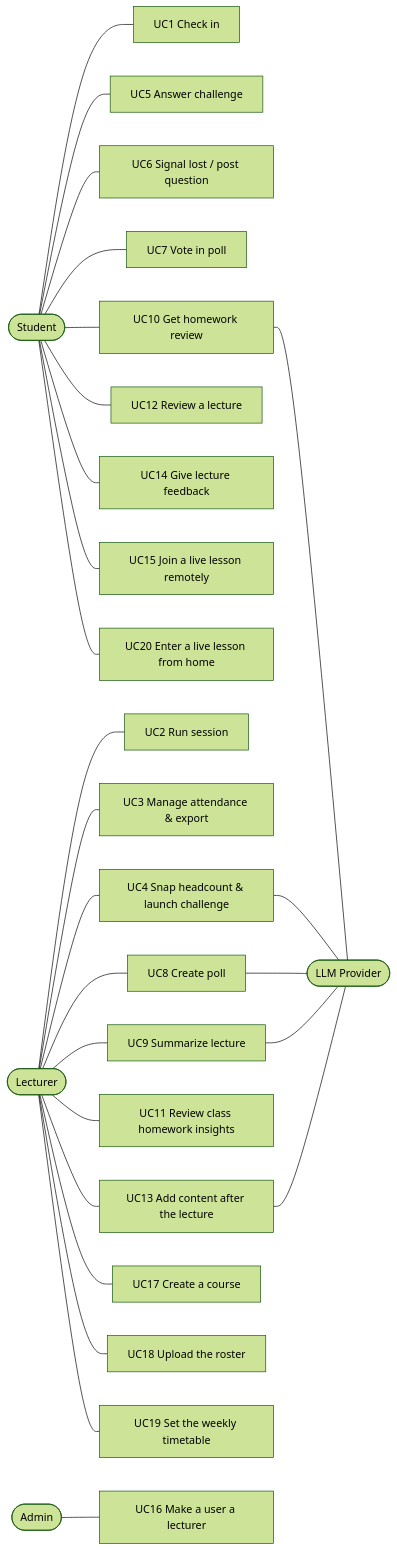
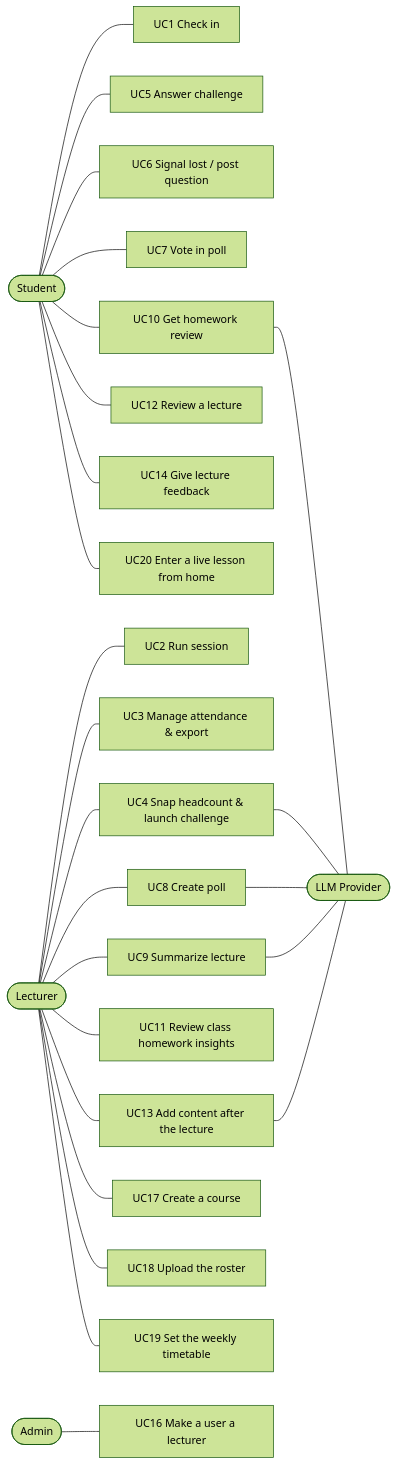
One commit to GiladApel/classpulse changed the diagram in docs/04-use-cases.md. Above: the diagram before and after it, drawn with Mermaid (forest theme). The commit also changed other lines of this file, not shown here.

Commit message:
docs(usecases): entering a live lesson ends with scanning the QR

````diff
--- a/docs/04-use-cases.md
+++ b/docs/04-use-cases.md
@@ -5,28 +5,27 @@
 ```mermaid
 flowchart LR
   S([Student]) --- UC1[UC1 Check in]
   S --- UC5[UC5 Answer challenge]
   S --- UC6[UC6 Signal lost / post question]
   S --- UC7[UC7 Vote in poll]
   S --- UC10[UC10 Get homework review]
   S --- UC12[UC12 Review a lecture]
   S --- UC14[UC14 Give lecture feedback]
-  S --- UC15[UC15 Join a live lesson remotely]
   S --- UC20[UC20 Enter a live lesson from home]
   L([Lecturer]) --- UC2[UC2 Run session]
   L --- UC3[UC3 Manage attendance & export]
   L --- UC4[UC4 Snap headcount & launch challenge]
   L --- UC8[UC8 Create poll]
   L --- UC9[UC9 Summarize lecture]
   L --- UC11[UC11 Review class homework insights]
   L --- UC13[UC13 Add content after the lecture]
   L --- UC17[UC17 Create a course]
   L --- UC18[UC18 Upload the roster]
   L --- UC19[UC19 Set the weekly timetable]
   A([Admin]) --- UC16[UC16 Make a user a lecturer]
   UC13 --- AI
   UC4 --- AI([LLM Provider])
   UC8 --- AI
   UC9 --- AI
   UC10 --- AI
 ```
````
